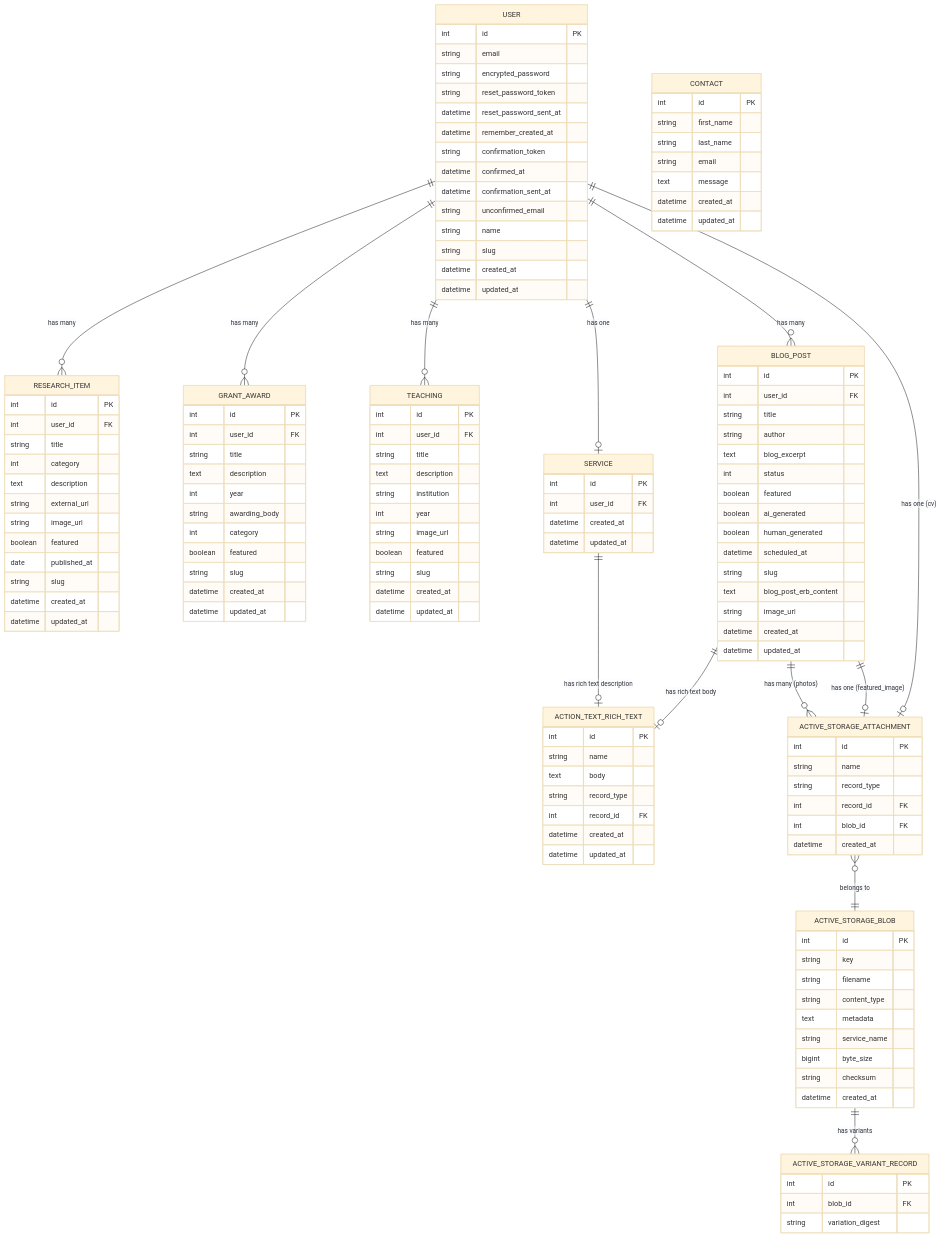
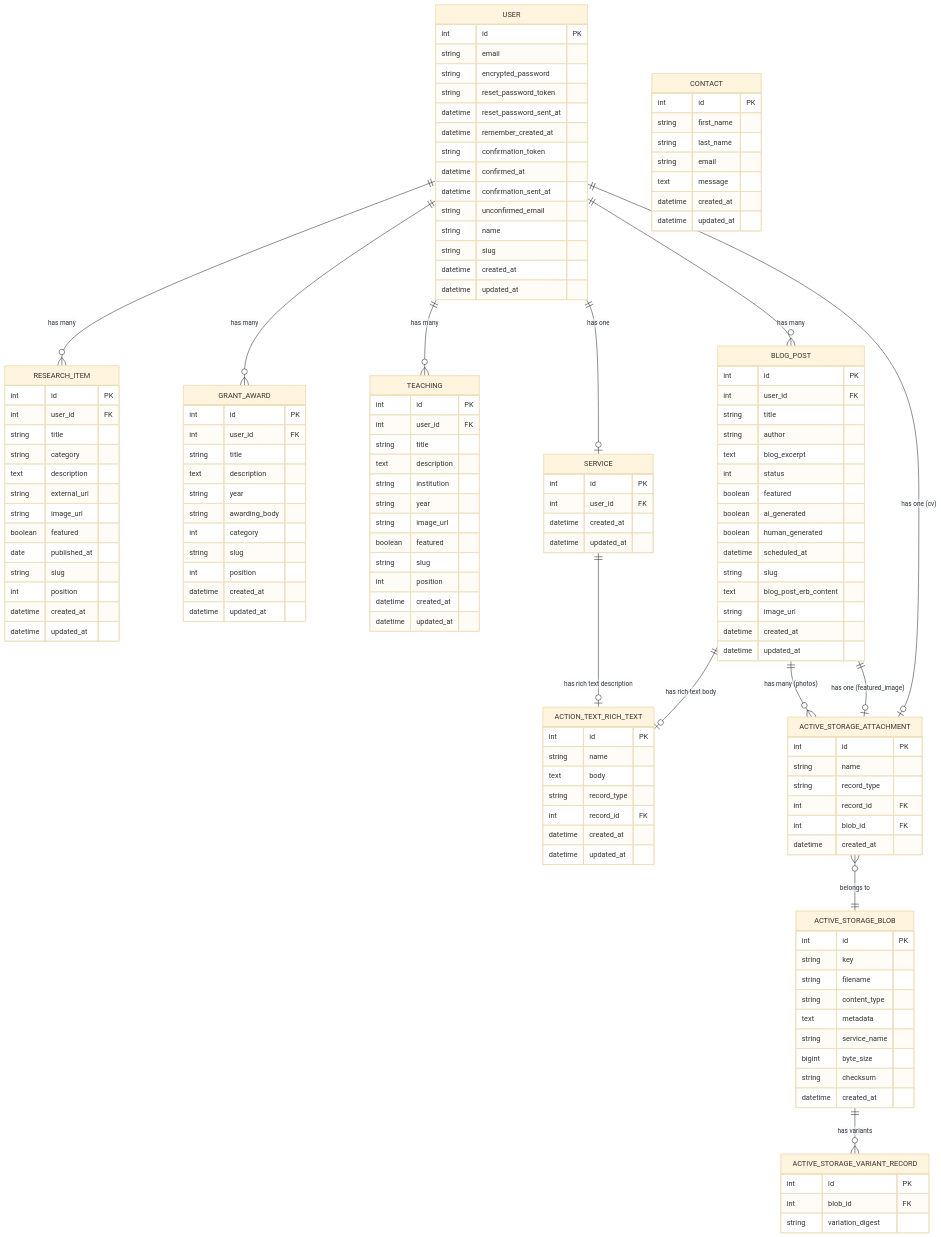
The diagram in docs/ERD.md (louiskb/isarak-portfolio), drawn with Mermaid (base theme) before and after one commit. The commit also changed other lines of this file and 24 other files, not shown here.

```diff
--- a/docs/ERD.md
+++ b/docs/ERD.md
@@ -23,13 +23,14 @@
         int id PK
         int user_id FK
         string title
-        int category
+        string category
         text description
         string external_url
         string image_url
         boolean featured
         date published_at
         string slug
+        int position
         datetime created_at
         datetime updated_at
     }
@@ -39,11 +40,11 @@
         int user_id FK
         string title
         text description
-        int year
+        string year
         string awarding_body
         int category
-        boolean featured
         string slug
+        int position
         datetime created_at
         datetime updated_at
     }
@@ -54,10 +55,11 @@
         string title
         text description
         string institution
-        int year
+        string year
         string image_url
         boolean featured
         string slug
+        int position
         datetime created_at
         datetime updated_at
     }
```
